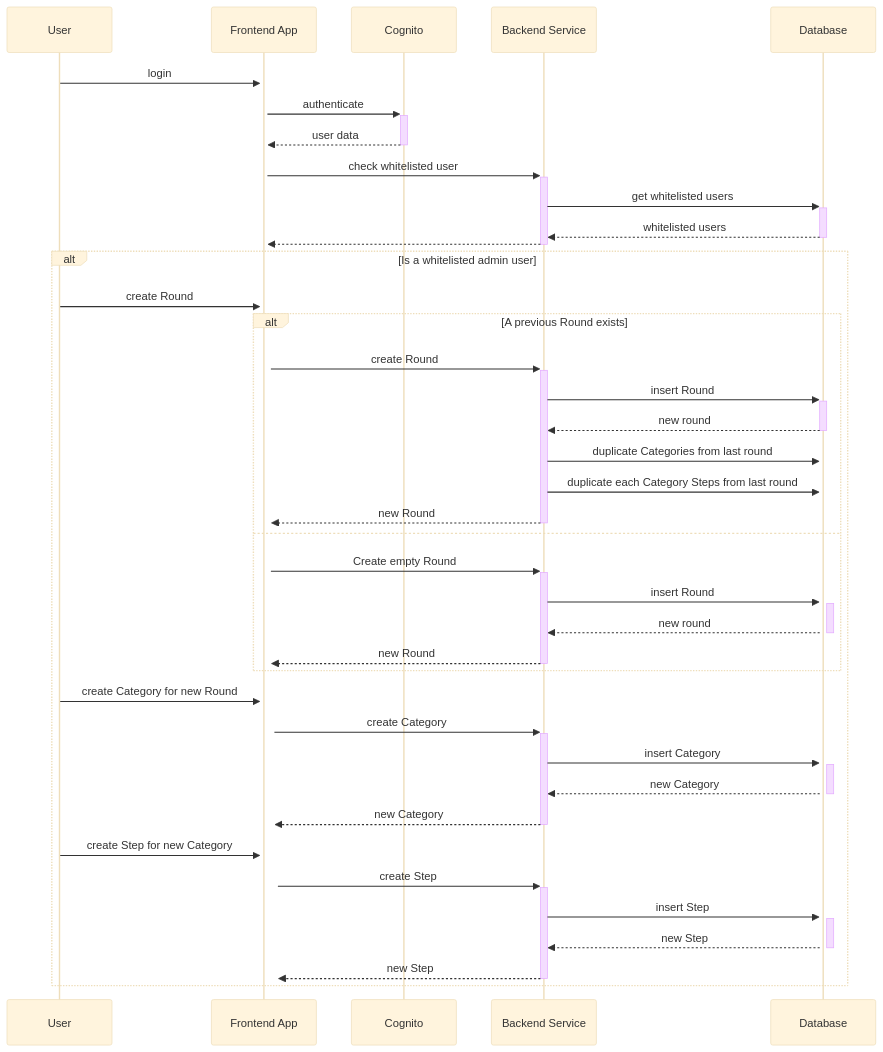
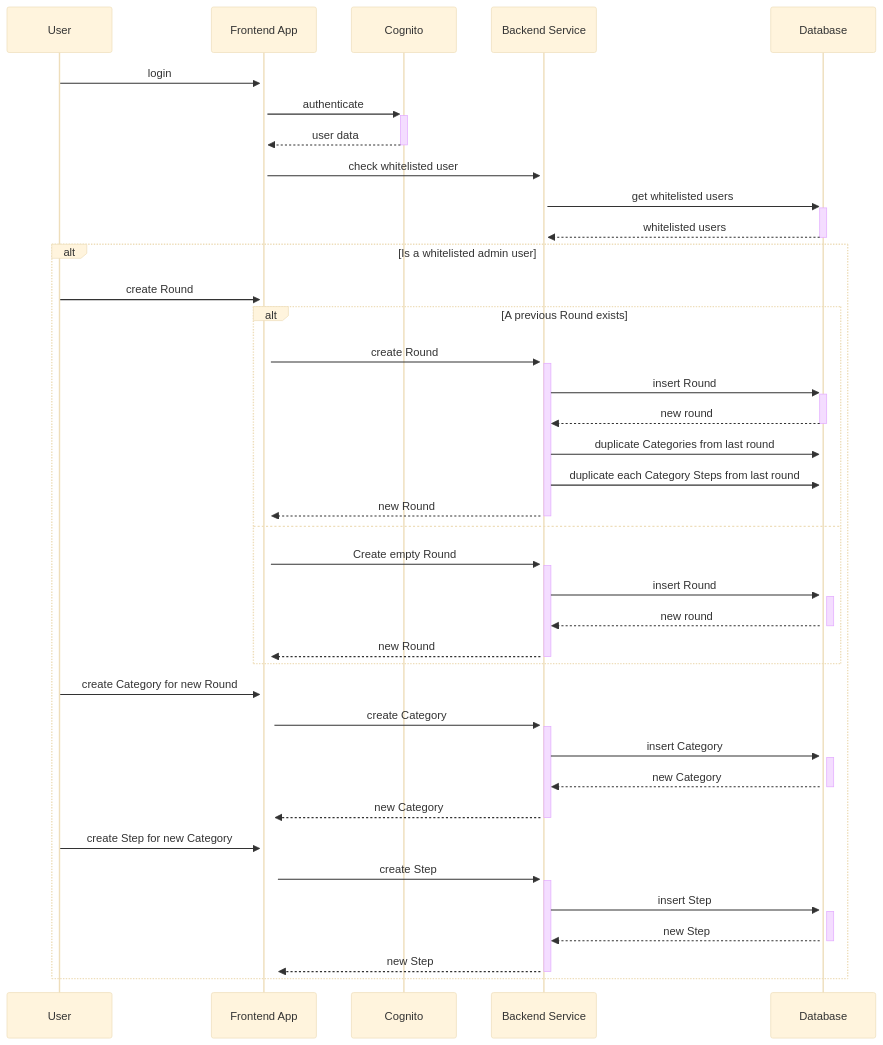
One commit to wakeuplabs-io/optimism-making-impact changed the diagram in README.md. Above: the diagram before and after it, drawn with Mermaid (base theme).

Commit message:
fix sequence diagram

````diff
--- a/README.md
+++ b/README.md
@@ -40,36 +40,35 @@
 ```mermaid
 sequenceDiagram
     User->>+Frontend App : login
     Frontend App->>+Cognito : authenticate
     Cognito-->>-Frontend App : user data
     Frontend App->>+Backend Service : check whitelisted user
     Backend Service->>+Database : get whitelisted users
     Database-->>-Backend Service : whitelisted users
-    Backend Service-->>-Frontend App :
     alt Is a whitelisted admin user
     User->>+Frontend App : create Round
     alt A previous Round exists
     Frontend App->>+Backend Service : create Round
     Backend Service->>+Database : insert Round
     Database-->>-Backend Service : new round
     Backend Service->>+Database : duplicate Categories from last round
     Backend Service->>+Database : duplicate each Category Steps from last round
     Backend Service-->>-Frontend App: new Round
     else
     Frontend App->>+Backend Service : Create empty Round
     Backend Service->>+Database : insert Round
     Database-->>-Backend Service : new round
     Backend Service-->>-Frontend App: new Round
     end
     User->>+Frontend App : create Category for new Round
     Frontend App->>+Backend Service : create Category
     Backend Service->>+Database : insert Category
     Database-->>-Backend Service : new Category
     Backend Service-->>-Frontend App: new Category
     User->>+Frontend App : create Step for new Category
     Frontend App->>+Backend Service : create Step
     Backend Service->>+Database : insert Step
     Database-->>-Backend Service : new Step
     Backend Service-->>-Frontend App: new Step
     end
 ```
````
